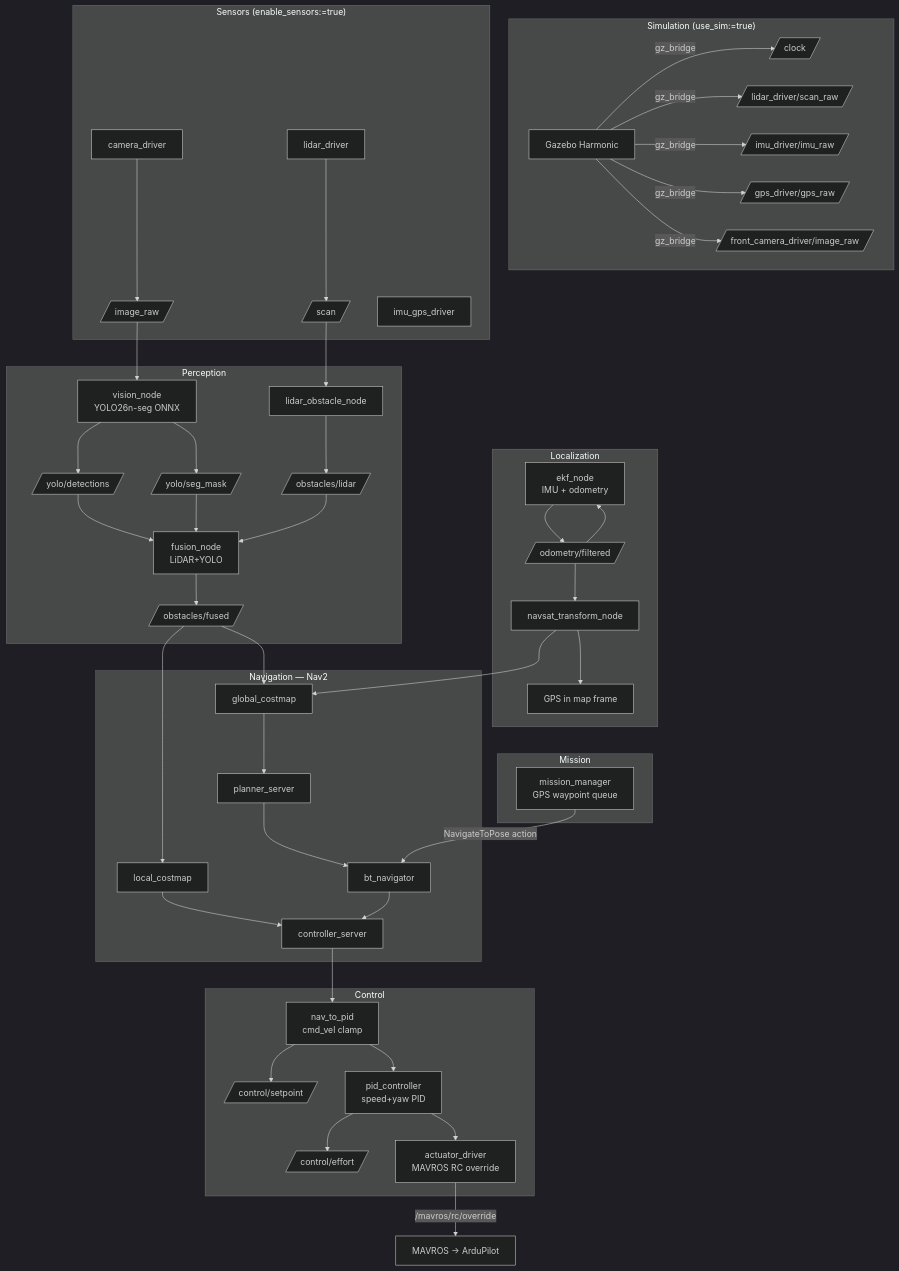
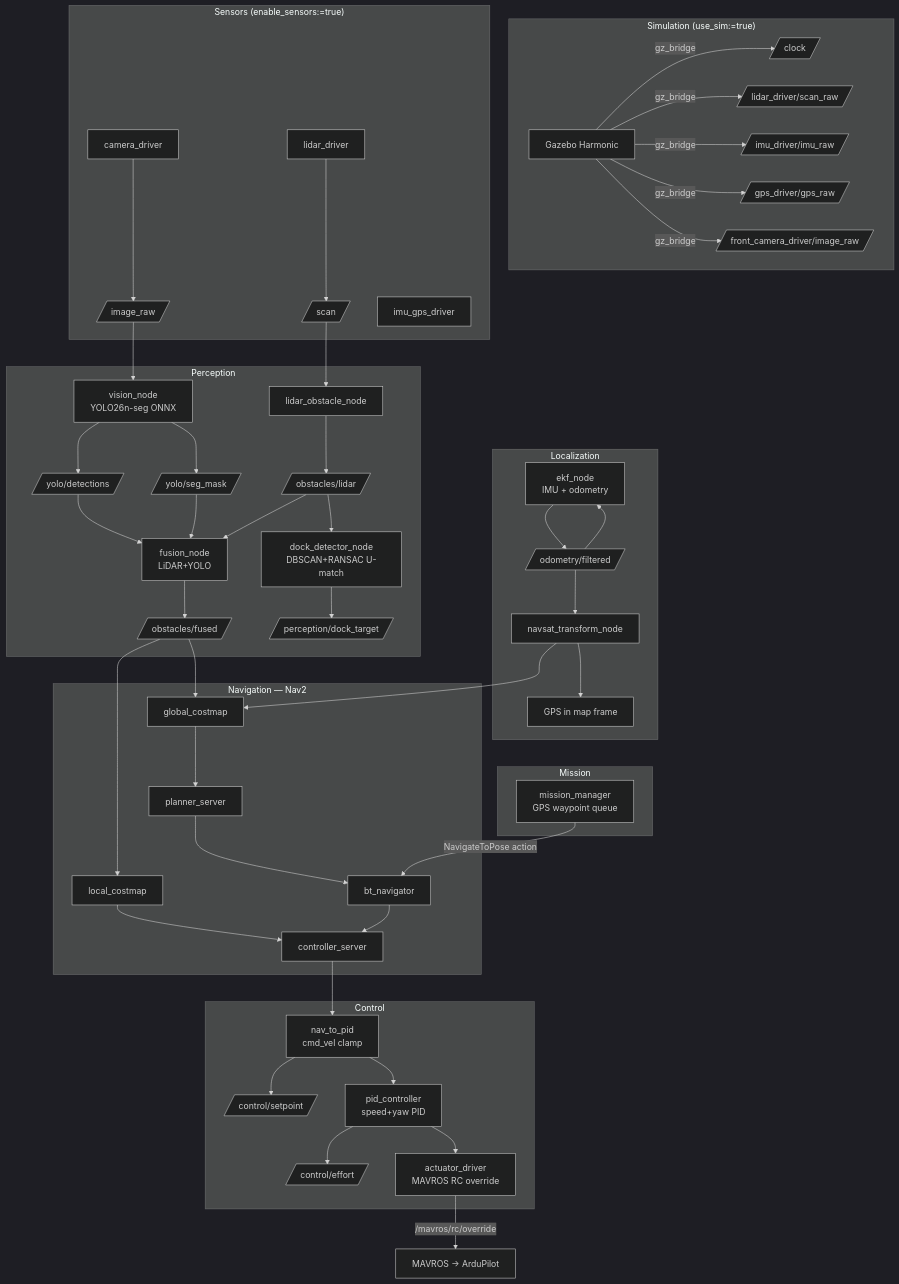
One commit to NODE-Engineering-Club/node-ros-2026 changed the diagram in README.md. Above: the diagram before and after it, drawn with Mermaid (dark theme). The commit also changed other lines of this file and 10 other files, not shown here.

First line of the commit message:
Add dock detection node for Task 3.1 docking and update docs

````diff
--- a/README.md
+++ b/README.md
@@ -85,66 +86,68 @@
 ```mermaid
 flowchart TD
     subgraph Sim["Simulation (use_sim:=true)"]
         GZ[Gazebo Harmonic] -->|gz_bridge| CLK[/clock/]
         GZ -->|gz_bridge| LIDAR_SIM[/lidar_driver/scan_raw/]
         GZ -->|gz_bridge| IMU_SIM[/imu_driver/imu_raw/]
         GZ -->|gz_bridge| GPS_SIM[/gps_driver/gps_raw/]
         GZ -->|gz_bridge| CAM_SIM[/front_camera_driver/image_raw/]
     end
 
     subgraph Sensors["Sensors (enable_sensors:=true)"]
         LD[lidar_driver] --> Scan[/scan/]
         CD[camera_driver] --> Image[/image_raw/]
         IG[imu_gps_driver]
     end
 
     subgraph Perception
         Y[vision_node<br/>YOLO26n-seg ONNX] --> Det[/yolo/detections/]
         Y --> Mask[/yolo/seg_mask/]
         LO[lidar_obstacle_node] --> LidarPts[/obstacles/lidar/]
         FN[fusion_node<br/>LiDAR+YOLO] --> Fused[/obstacles/fused/]
+        DD[dock_detector_node<br/>DBSCAN+RANSAC U-match] --> DockT[/perception/dock_target/]
     end
 
     subgraph Localization
         EKF[ekf_node<br/>IMU + odometry] --> OdomF[/odometry/filtered/]
         NS[navsat_transform_node] --> GPSF[GPS in map frame]
     end
 
     subgraph Navigation["Navigation — Nav2"]
         GCM[global_costmap]
         LCM[local_costmap]
         PS[planner_server]
         CS[controller_server]
         BT[bt_navigator]
     end
 
     subgraph Control
         N2P[nav_to_pid<br/>cmd_vel clamp] --> SP[/control/setpoint/]
         PID[pid_controller<br/>speed+yaw PID] --> Effort[/control/effort/]
         ACT[actuator_driver<br/>MAVROS RC override]
     end
 
     subgraph Mission
         MM[mission_manager<br/>GPS waypoint queue]
     end
 
     Image --> Y
     Scan --> LO
     Det --> FN
     Mask --> FN
     LidarPts --> FN
+    LidarPts --> DD
     Fused --> GCM
     Fused --> LCM
     OdomF --> EKF
     OdomF --> NS
     NS --> GCM
     GCM --> PS
     LCM --> CS
     PS --> BT
     BT --> CS
     CS --> N2P
     N2P --> PID
     PID --> ACT
     ACT -->|/mavros/rc/override| MAVROS[MAVROS → ArduPilot]
     MM -->|NavigateToPose action| BT
 ```
````
